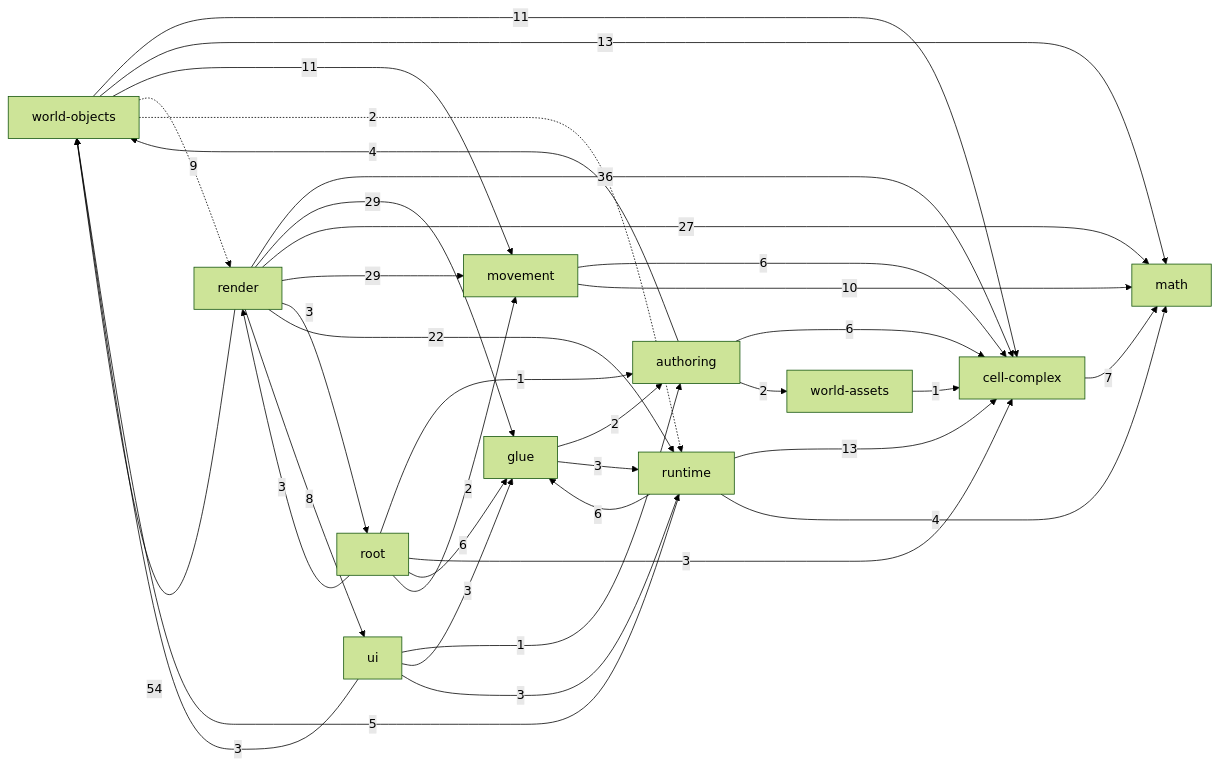
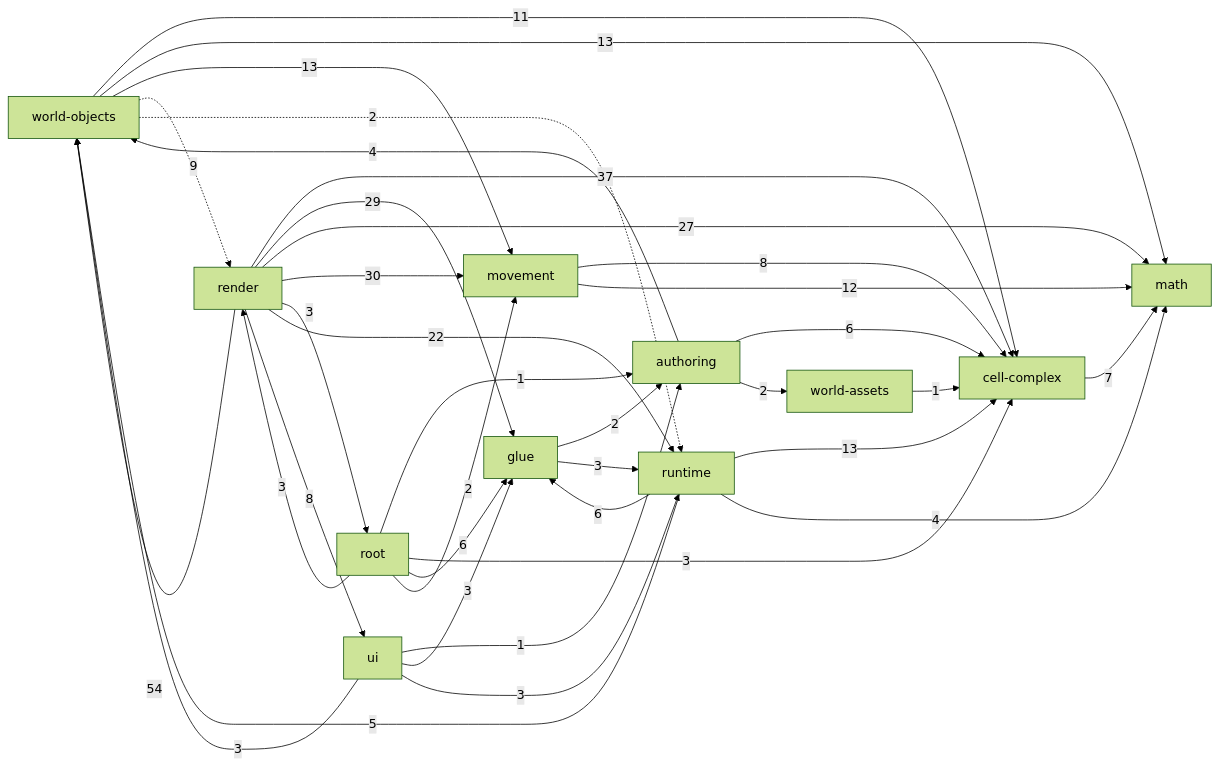
Before and after one commit to guraltsev/noneuclid-fpv: the diagram in _docs/generated/ARCHITECTURE_REFERENCE.md, drawn with Mermaid (forest theme). The commit also changed other lines of this file and 18 other files, not shown here.

````diff
--- a/_docs/generated/ARCHITECTURE_REFERENCE.md
+++ b/_docs/generated/ARCHITECTURE_REFERENCE.md
@@ -32,49 +32,49 @@
 ```mermaid
 flowchart LR
   math["math"]
   cell_complex["cell-complex"]
   movement["movement"]
   world_assets["world-assets"]
   world_objects["world-objects"]
   authoring["authoring"]
   runtime["runtime"]
   ui["ui"]
   glue["glue"]
   render["render"]
   root["root"]
   authoring -->|6| cell_complex
   authoring -->|2| world_assets
   authoring -->|4| world_objects
   cell_complex -->|7| math
   glue -->|2| authoring
   glue -->|3| runtime
-  movement -->|6| cell_complex
-  movement -->|10| math
-  render -->|36| cell_complex
+  movement -->|8| cell_complex
+  movement -->|12| math
+  render -->|37| cell_complex
   render -->|29| glue
   render -->|27| math
-  render -->|29| movement
+  render -->|30| movement
   render -->|3| root
   render -->|22| runtime
   render -->|8| ui
   render -->|54| world_objects
   root -->|1| authoring
   root -->|3| cell_complex
   root -->|6| glue
   root -->|2| movement
   root -->|3| render
   runtime -->|13| cell_complex
   runtime -->|6| glue
   runtime -->|4| math
   runtime -->|5| world_objects
   ui -->|1| authoring
   ui -->|3| glue
   ui -->|3| runtime
   ui -->|3| world_objects
   world_assets -->|1| cell_complex
   world_objects -->|11| cell_complex
   world_objects -->|13| math
-  world_objects -->|11| movement
+  world_objects -->|13| movement
   world_objects -.->|9| render
   world_objects -.->|2| runtime
 ```
````
